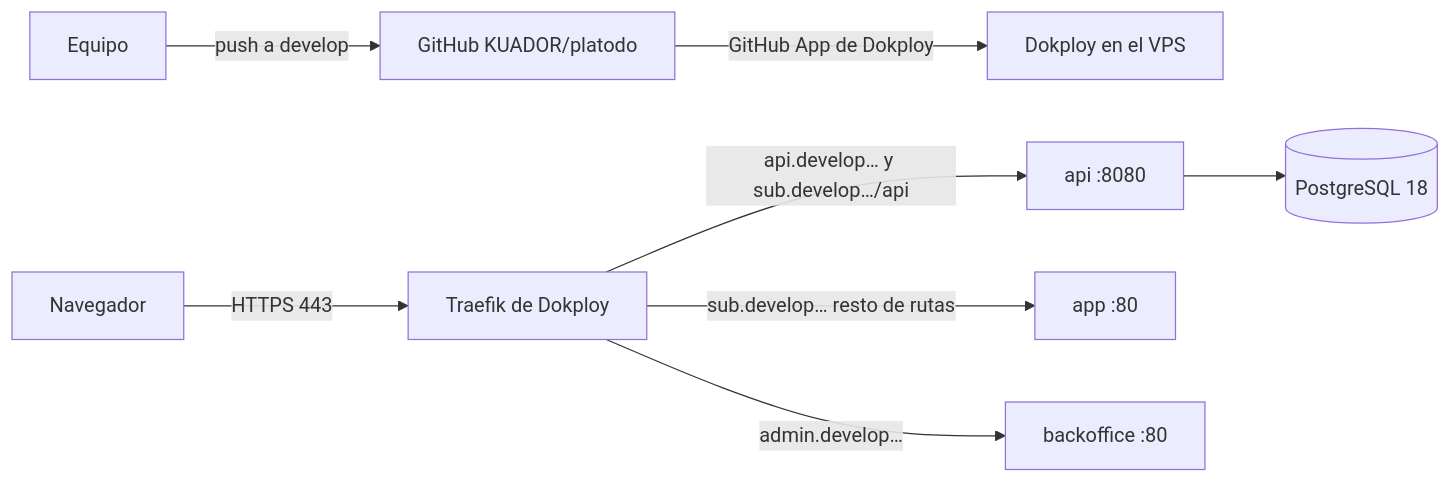
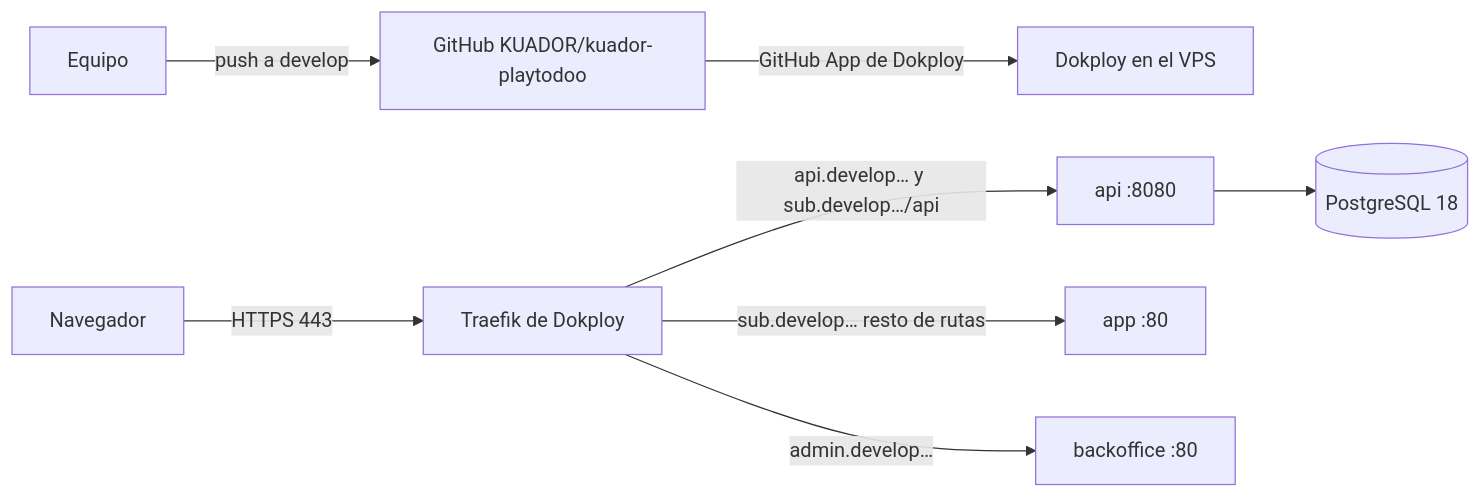
The diagram in docs/despliegue-dokploy-develop.md (KUADOR/kuador-playtodoo), drawn with Mermaid before and after one commit. The commit also changed other lines of this file, not shown here.

Commit message:
PLATODO-95: use the current repository name in the manual

````diff
--- a/docs/despliegue-dokploy-develop.md
+++ b/docs/despliegue-dokploy-develop.md
@@ -17,10 +17,10 @@
 ```mermaid
 flowchart LR
-  Dev[Equipo] -->|push a develop| GH[GitHub KUADOR/platodo]
+  Dev[Equipo] -->|push a develop| GH[GitHub KUADOR/kuador-playtodoo]
   GH -->|GitHub App de Dokploy| DK[Dokploy en el VPS]
   Web[Navegador] -->|HTTPS 443| TR[Traefik de Dokploy]
   TR -->|api.develop… y sub.develop…/api| API[api :8080]
   TR -->|sub.develop… resto de rutas| APP[app :80]
   TR -->|admin.develop…| BO[backoffice :80]
   API --> DB[(PostgreSQL 18)]
 ```
````
